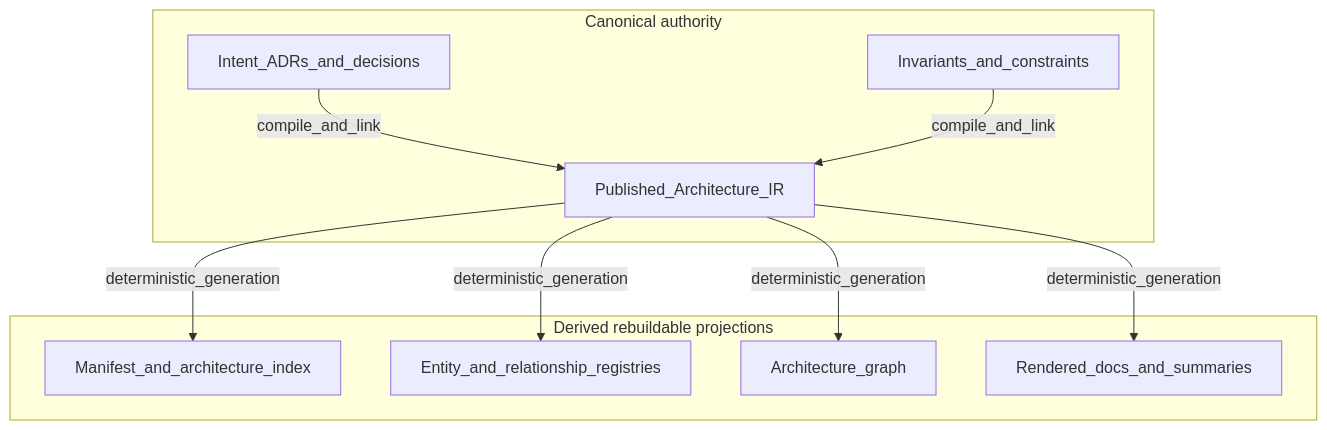
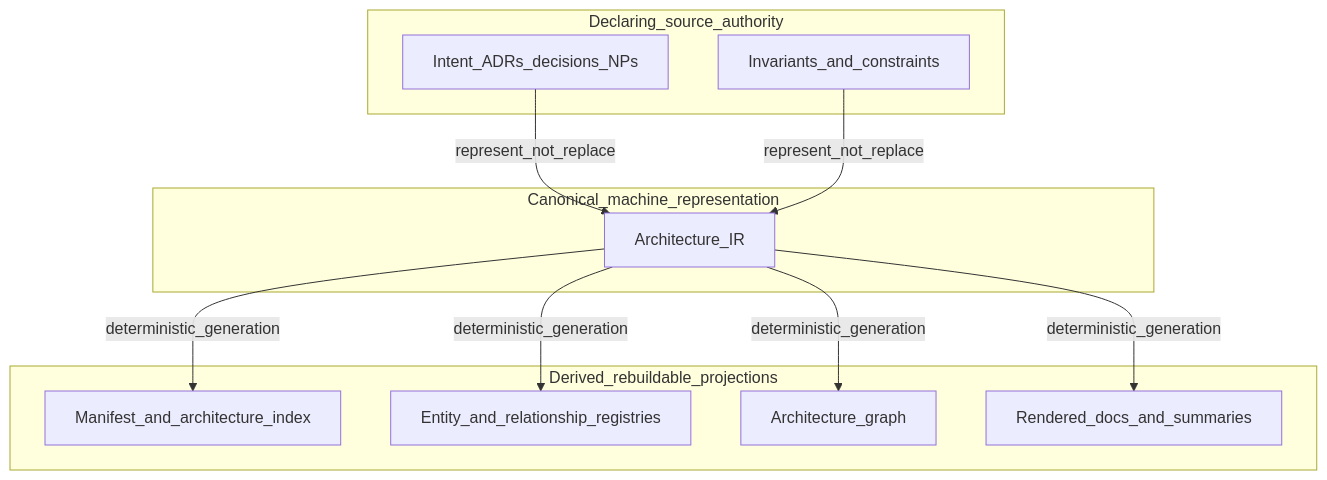
Before and after one commit to egallmann/ste-handbook: the diagram in 04-architecture-model/04-08-projections-overview.md, drawn with Mermaid. The commit also changed other lines of this file and 8 other files, not shown here.

````diff
--- a/04-architecture-model/04-08-projections-overview.md
+++ b/04-architecture-model/04-08-projections-overview.md
@@ -30,20 +43,22 @@
 ```mermaid
 flowchart TB
-  subgraph canon ["Canonical authority"]
-    ADR[Intent_ADRs_and_decisions]
+  subgraph declare ["Declaring_source_authority"]
+    ADR[Intent_ADRs_decisions_NPs]
     INV[Invariants_and_constraints]
-    IR[Published_Architecture_IR]
   end
-  subgraph deriv ["Derived rebuildable projections"]
+  subgraph machine ["Canonical_machine_representation"]
+    IR[Architecture_IR]
+  end
+  subgraph deriv ["Derived_rebuildable_projections"]
     MAN[Manifest_and_architecture_index]
     REG[Entity_and_relationship_registries]
     GRA[Architecture_graph]
     REN[Rendered_docs_and_summaries]
   end
-  ADR -->|"compile_and_link"| IR
-  INV -->|"compile_and_link"| IR
+  ADR -->|"represent_not_replace"| IR
+  INV -->|"represent_not_replace"| IR
   IR -->|"deterministic_generation"| MAN
   IR -->|"deterministic_generation"| REG
   IR -->|"deterministic_generation"| GRA
   IR -->|"deterministic_generation"| REN
 ```
````
